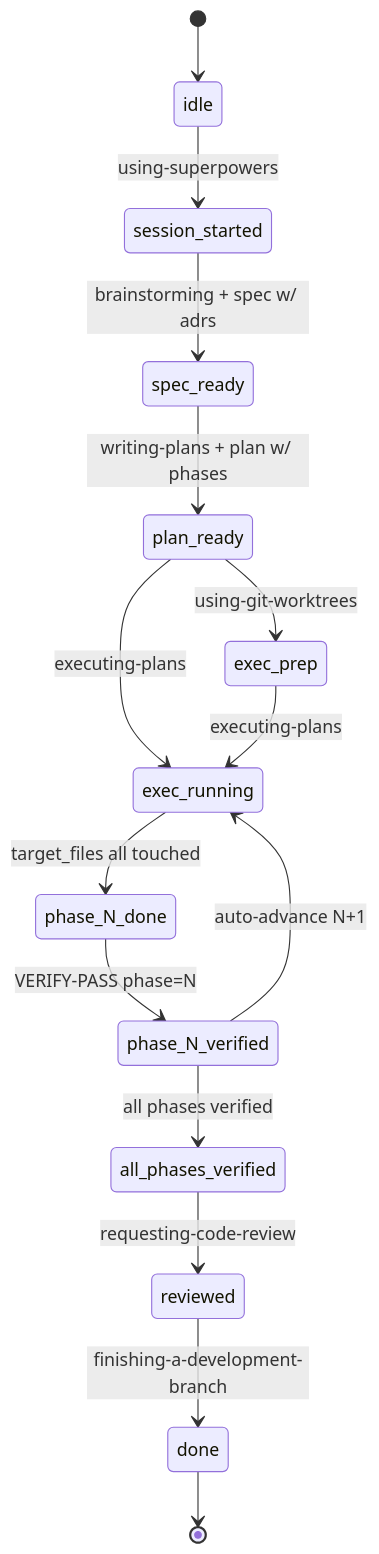
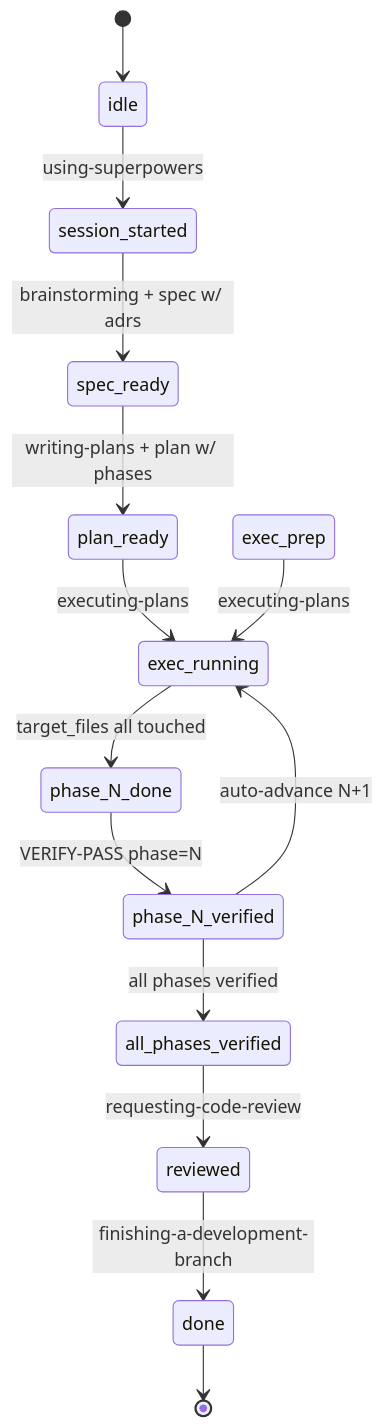
One commit to tickhuat/claude-workflow changed the first of 2 diagrams in README.md. Above: the diagram before and after it, drawn with Mermaid. The commit also changed other lines of this file and 2 other files, not shown here.

First line of the commit message:
refactor(skills): using-git-worktrees as noop skill (ADR 0020)

````diff
--- a/README.md
+++ b/README.md
@@ -52,17 +52,16 @@
 ```mermaid
 stateDiagram-v2
     [*] --> idle
     idle --> session_started: using-superpowers
     session_started --> spec_ready: brainstorming + spec w/ adrs
     spec_ready --> plan_ready: writing-plans + plan w/ phases
-    plan_ready --> exec_prep: using-git-worktrees
     plan_ready --> exec_running: executing-plans
     exec_prep --> exec_running: executing-plans
     exec_running --> phase_N_done: target_files all touched
     phase_N_done --> phase_N_verified: VERIFY-PASS phase=N
     phase_N_verified --> exec_running: auto-advance N+1
     phase_N_verified --> all_phases_verified: all phases verified
     all_phases_verified --> reviewed: requesting-code-review
     reviewed --> done: finishing-a-development-branch
     done --> [*]
 ```
````
